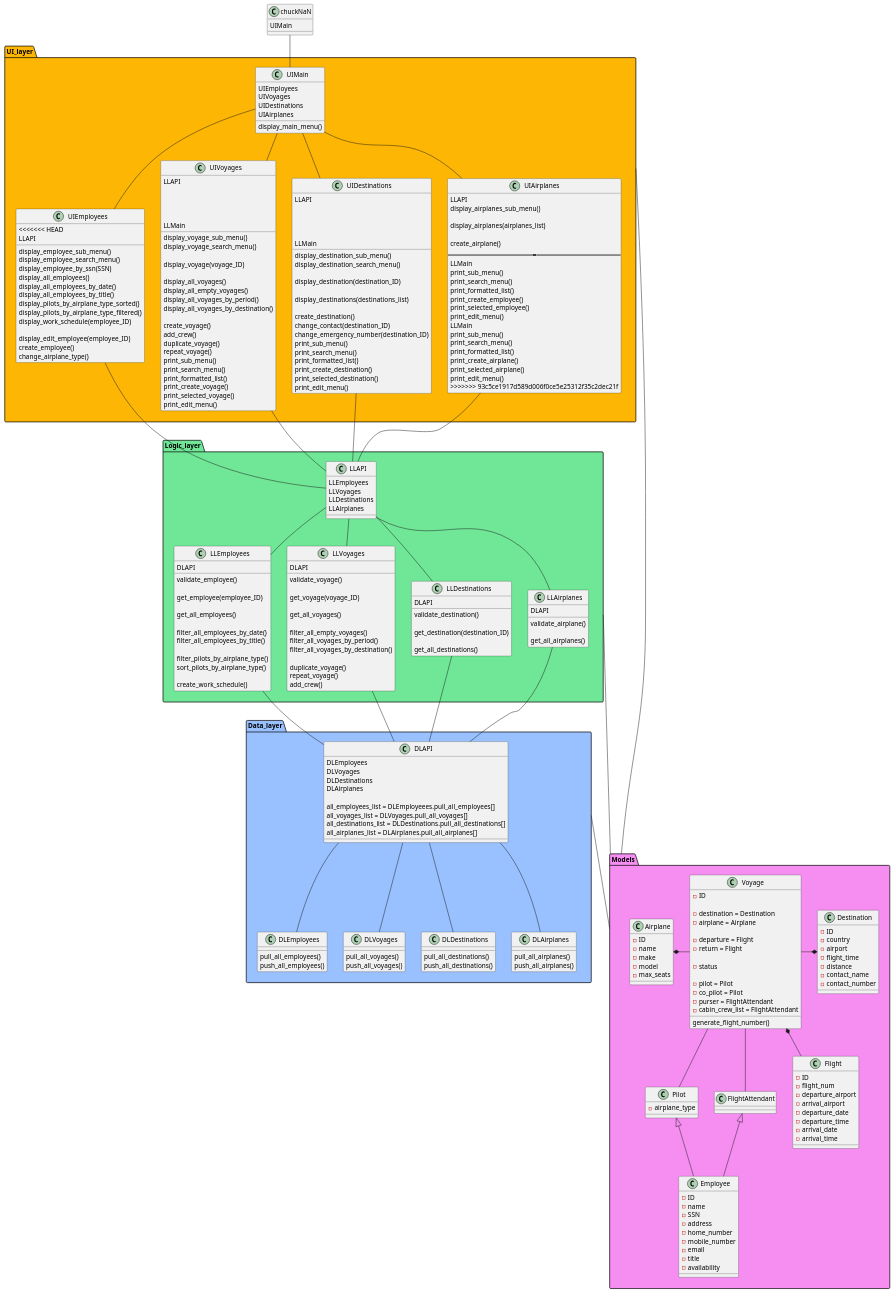
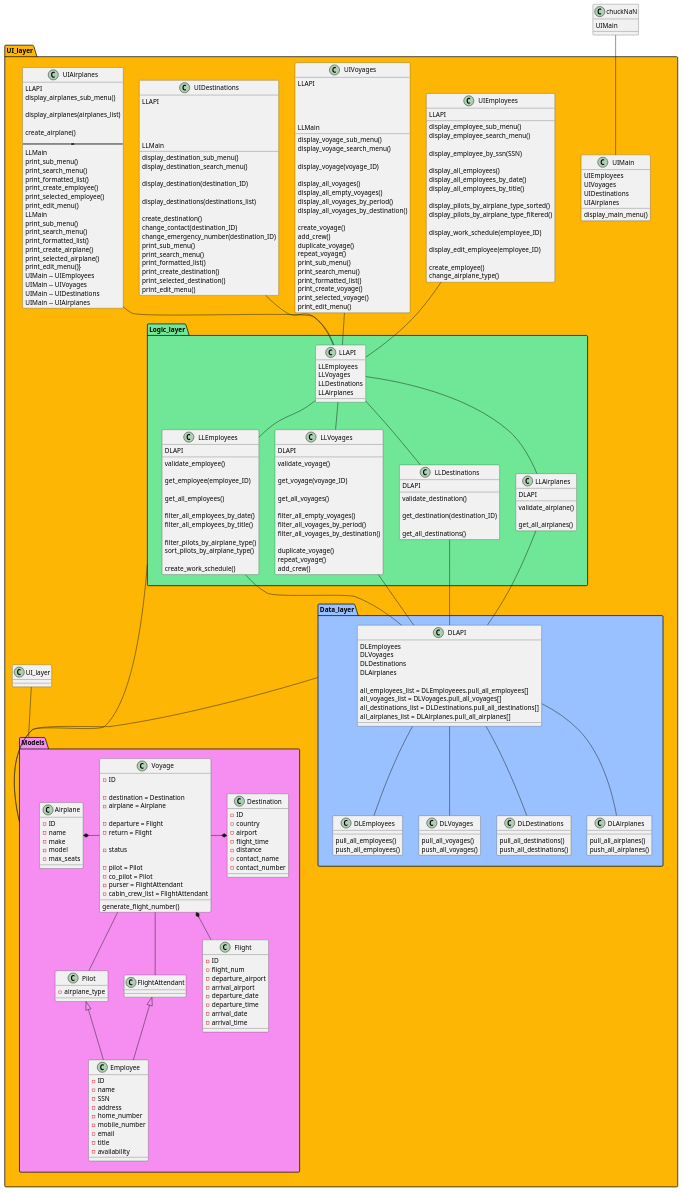
Before and after one commit to irmalexandra/vln1_chuck_nan: the diagram in ClassDiagram.puml, drawn with PlantUML.

Commit message:
"updated"

```diff
--- a/ClassDiagram.puml
+++ b/ClassDiagram.puml
@@ -17,7 +17,6 @@
   }
 
   class UIEmployees{
-<<<<<<< HEAD
     LLAPI
     display_employee_sub_menu()
     display_employee_search_menu()
@@ -111,9 +110,7 @@
     print_formatted_list()
     print_create_airplane()
     print_selected_airplane()
-    print_edit_menu()
->>>>>>> 93c5ce1917d589d006f0ce5e25312f35c2dec21f
-  }
+    print_edit_menu()}
   UIMain -- UIEmployees
   UIMain -- UIVoyages
   UIMain -- UIDestinations
```
